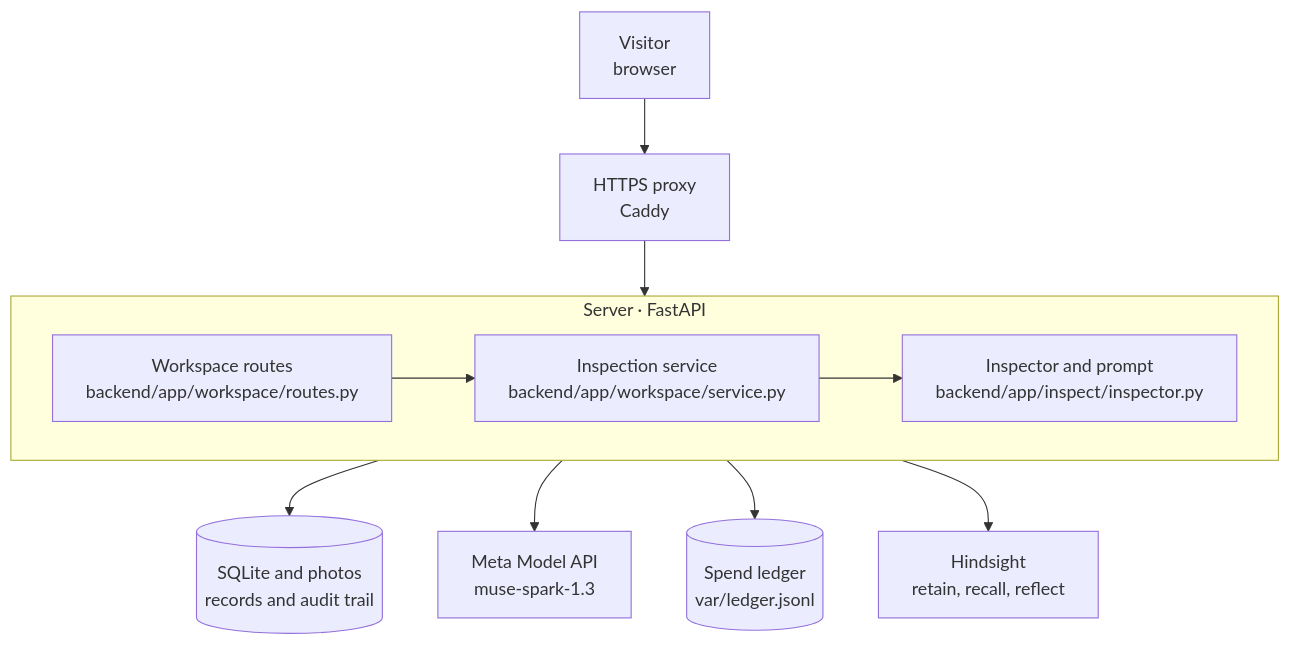
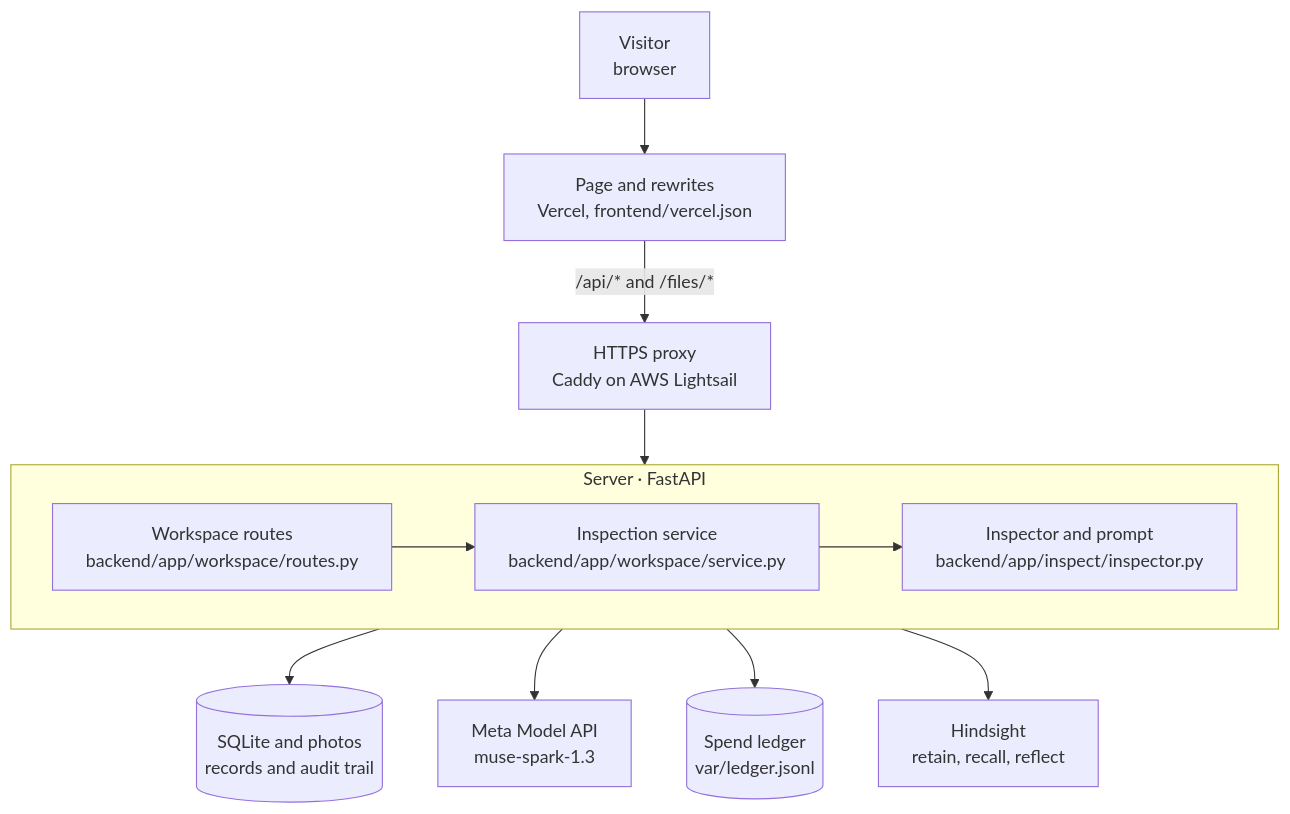
The diagram in README.md (PDGamerSG/speclens), drawn with Mermaid before and after one commit. The commit also changed other lines of this file and 8 other files, not shown here.

First line of the commit message:
docs: describe the Vercel frontend and its API rewrites

````diff
--- a/README.md
+++ b/README.md
@@ -37,21 +37,23 @@
 ```mermaid
 flowchart TB
   visitor["Visitor<br/>browser"]
-  proxy["HTTPS proxy<br/>Caddy"]
+  edge["Page and rewrites<br/>Vercel, frontend/vercel.json"]
+  proxy["HTTPS proxy<br/>Caddy on AWS Lightsail"]
   subgraph server["Server · FastAPI"]
     direction LR
     routes["Workspace routes<br/>backend/app/workspace/routes.py"] --> service["Inspection service<br/>backend/app/workspace/service.py"]
     service --> inspector["Inspector and prompt<br/>backend/app/inspect/inspector.py"]
   end
   db[("SQLite and photos<br/>records and audit trail")]
   ledger[("Spend ledger<br/>var/ledger.jsonl")]
   vision["Meta Model API<br/>muse-spark-1.3"]
   memory["Hindsight<br/>retain, recall, reflect"]
 
-  visitor --> proxy
+  visitor --> edge
+  edge -- "/api/* and /files/*" --> proxy
   proxy --> routes
   service --> db
   inspector --> vision
   inspector --> ledger
   service --> memory
 ```
````
